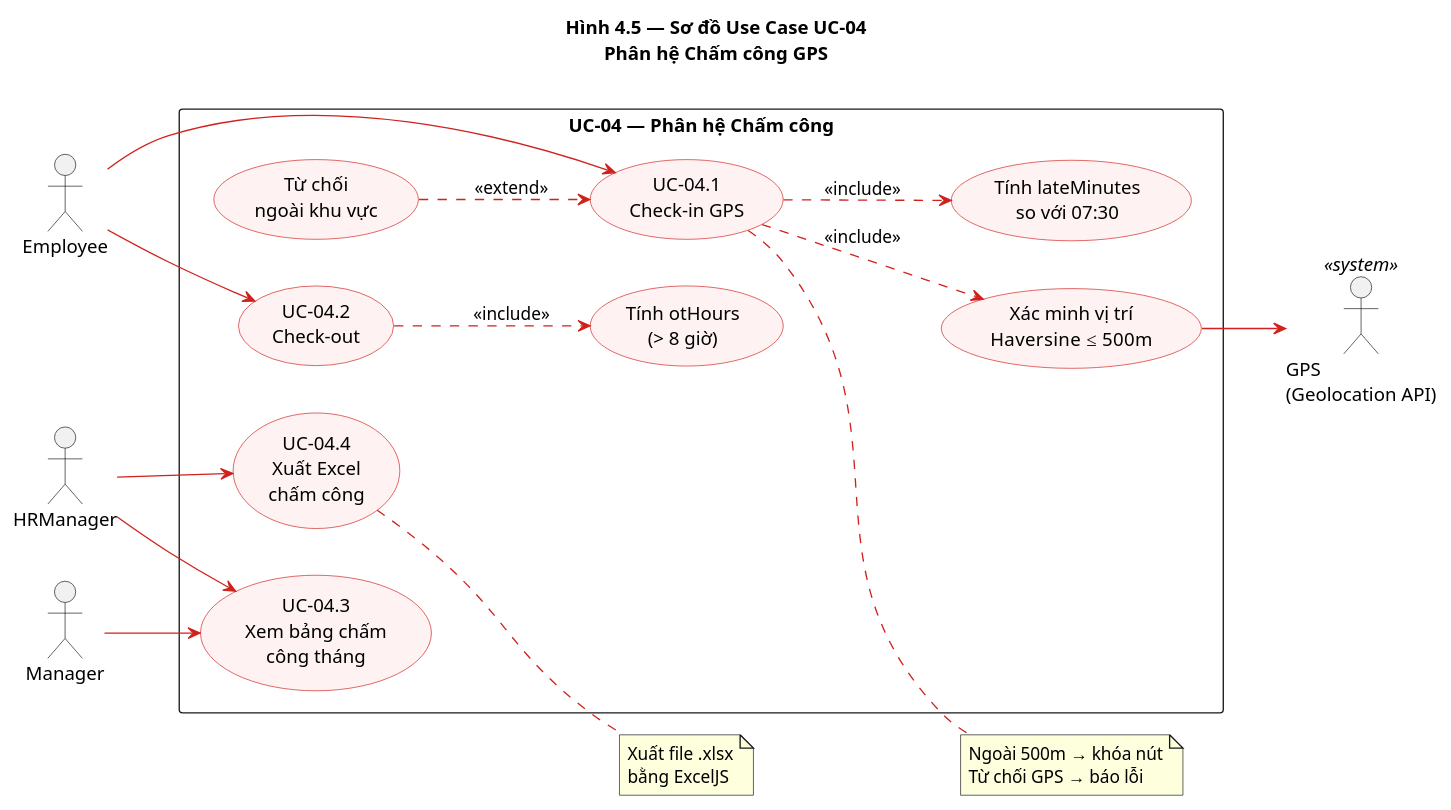
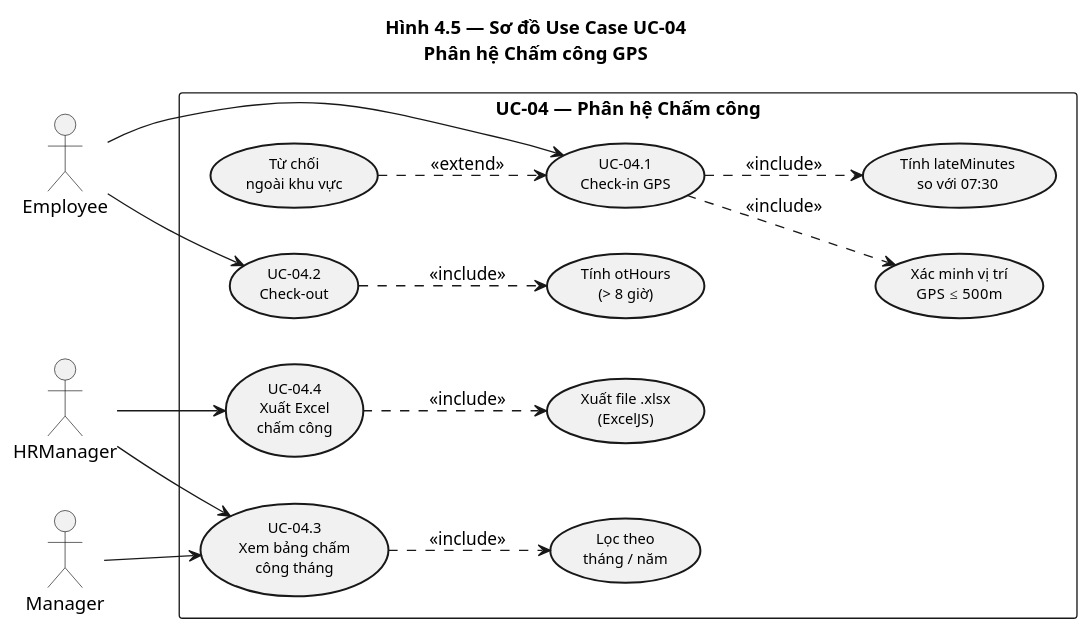
One commit to Khoa040706/axiom changed the diagram in bao-cao/hinh-anh/UML/usecase/uc-04-cham-cong.puml. Above: the diagram before and after it, drawn with PlantUML. The commit also changed 46 other files, not shown here.

```diff
--- a/bao-cao/hinh-anh/UML/usecase/uc-04-cham-cong.puml
+++ b/bao-cao/hinh-anh/UML/usecase/uc-04-cham-cong.puml
@@ -1,52 +1,45 @@
 @startuml
+skinparam monochrome true
+skinparam shadowing false
 title Hình 4.5 — Sơ đồ Use Case UC-04\nPhân hệ Chấm công GPS
+
+skinparam packageStyle rectangle
+skinparam defaultFontName Arial
 skinparam usecase {
-  BackgroundColor #FEF2F2
-  BorderColor #D0211C
-  ArrowColor #D0211C
-  ActorBorderColor #991414
-  ActorFontStyle Bold
+  BorderThickness 1.5
+  FontSize 11
 }
-skinparam packageStyle rectangle
 left to right direction
 
 actor "Employee" as EMP
 actor "HRManager" as HR
 actor "Manager" as MGR
-actor "GPS\n(Geolocation API)" as GPS <<system>>
 
 rectangle "UC-04 — Phân hệ Chấm công" {
   usecase "UC-04.1\nCheck-in GPS" as UC1
   usecase "UC-04.2\nCheck-out" as UC2
   usecase "UC-04.3\nXem bảng chấm\ncông tháng" as UC3
   usecase "UC-04.4\nXuất Excel\nchấm công" as UC4
 
-  usecase "Xác minh vị trí\nHaversine ≤ 500m" as INC1
-  usecase "Tính lateMinutes\nso với 07:30" as INC2
-  usecase "Tính otHours\n(> 8 giờ)" as INC3
-  usecase "Từ chối\nngoài khu vực" as EXT1
+  usecase "Xác minh vị trí\nGPS ≤ 500m" as INC_GPS
+  usecase "Tính lateMinutes\nso với 07:30" as INC_LATE
+  usecase "Tính otHours\n(> 8 giờ)" as INC_OT
+  usecase "Lọc theo\ntháng / năm" as INC_FILTER
+  usecase "Xuất file .xlsx\n(ExcelJS)" as INC_EXPORT
+  usecase "Từ chối\nngoài khu vực" as EXT_REJECT
 }
 
 EMP --> UC1
 EMP --> UC2
 HR --> UC3
+HR --> UC4
 MGR --> UC3
-HR --> UC4
 
-UC1 ..> INC1 : <<include>>
-UC1 ..> INC2 : <<include>>
-UC2 ..> INC3 : <<include>>
-INC1 --> GPS
-EXT1 ..> UC1 : <<extend>>
-
-note right of UC1
-  Ngoài 500m → khóa nút
-  Từ chối GPS → báo lỗi
-end note
-
-note right of UC4
-  Xuất file .xlsx
-  bằng ExcelJS
-end note
+UC1 ..> INC_GPS    : <<include>>
+UC1 ..> INC_LATE   : <<include>>
+UC2 ..> INC_OT     : <<include>>
+UC3 ..> INC_FILTER : <<include>>
+UC4 ..> INC_EXPORT : <<include>>
+EXT_REJECT ..> UC1 : <<extend>>
 
 @enduml
```
